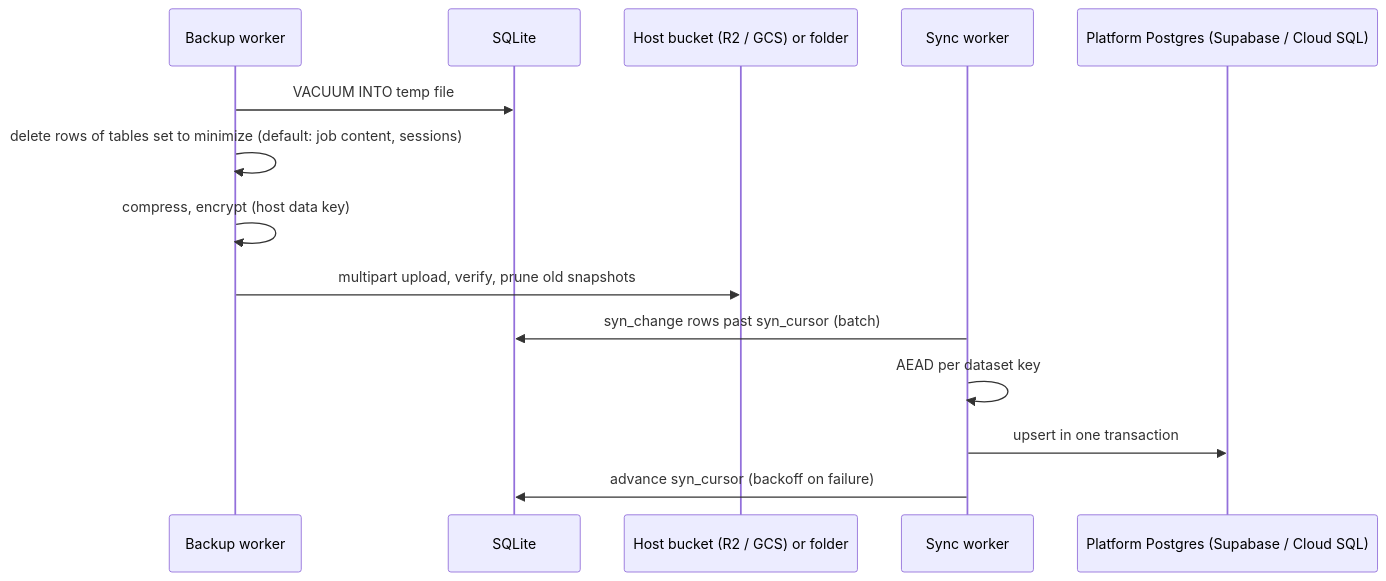
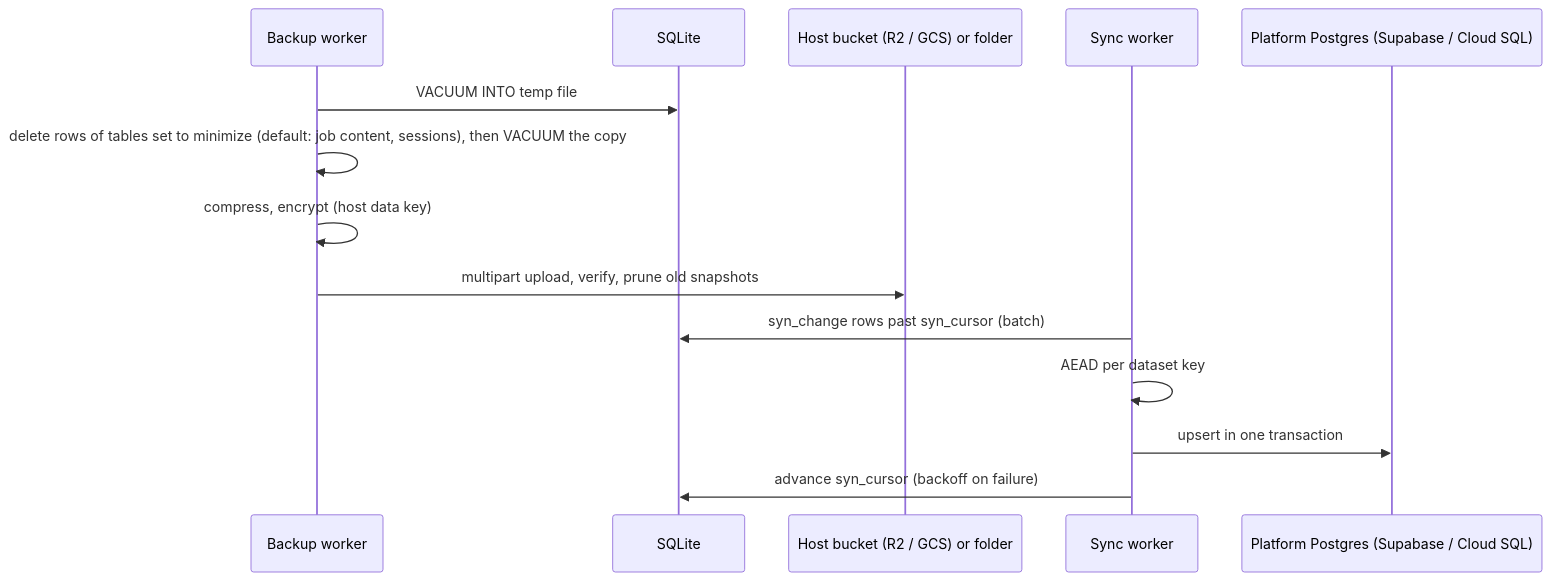
One commit to inCoderKaka/local-server changed the ninth of 10 diagrams in docs/design_docs/lld.md. Above: the diagram before and after it, drawn with Mermaid. The commit also changed other lines of this file and 7 other files, not shown here.

````diff
--- a/docs/design_docs/lld.md
+++ b/docs/design_docs/lld.md
@@ -322,16 +323,16 @@
 ```mermaid
 sequenceDiagram
   participant B as Backup worker
   participant DB as SQLite
   participant S as Host bucket (R2 / GCS) or folder
   participant Y as Sync worker
   participant PG as Platform Postgres (Supabase / Cloud SQL)
   B->>DB: VACUUM INTO temp file
-  B->>B: delete rows of tables set to minimize (default: job content, sessions)
+  B->>B: delete rows of tables set to minimize (default: job content, sessions), then VACUUM the copy
   B->>B: compress, encrypt (host data key)
   B->>S: multipart upload, verify, prune old snapshots
   Y->>DB: syn_change rows past syn_cursor (batch)
   Y->>Y: AEAD per dataset key
   Y->>PG: upsert in one transaction
   Y->>DB: advance syn_cursor (backoff on failure)
 ```
````
